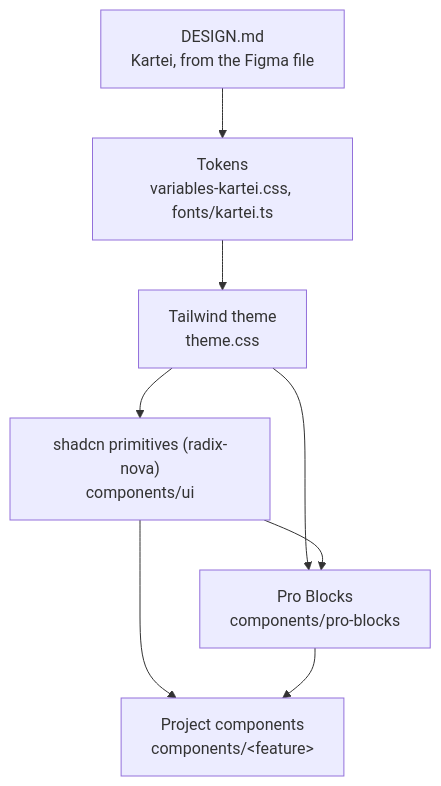
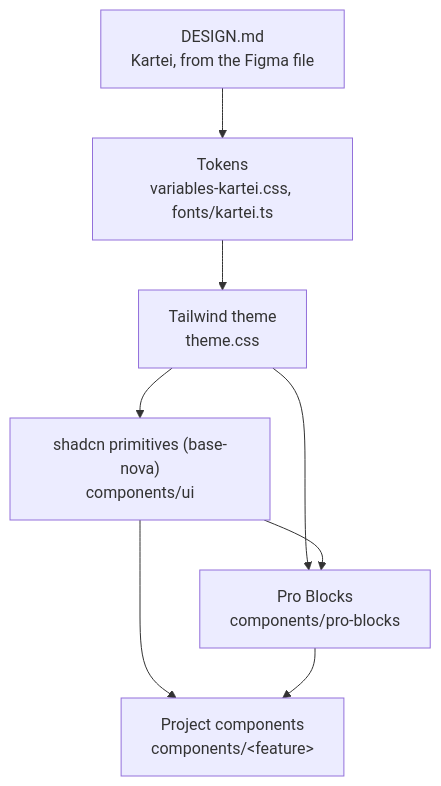
Before and after one commit to mrpitch/atelier-fuer-innovationen-new: the second of 2 diagrams in docs/explanation/about-architecture.md, drawn with Mermaid. The commit also changed other lines of this file and 11 other files, not shown here.

First line of the commit message:
refactor: move shadcn from Radix to Base UI (base-nova)

````diff
--- a/docs/explanation/about-architecture.md
+++ b/docs/explanation/about-architecture.md
@@ -40,10 +40,10 @@
 ```mermaid
 flowchart TB
   design["DESIGN.md<br/>Kartei, from the Figma file"] --> tokens["Tokens<br/>variables-kartei.css, fonts/kartei.ts"]
   tokens --> theme["Tailwind theme<br/>theme.css"]
-  theme --> ui["shadcn primitives (radix-nova)<br/>components/ui"]
+  theme --> ui["shadcn primitives (base-nova)<br/>components/ui"]
   theme --> blocks["Pro Blocks<br/>components/pro-blocks"]
   ui --> blocks
   ui --> project["Project components<br/>components/&lt;feature&gt;"]
   blocks --> project
 ```
````
